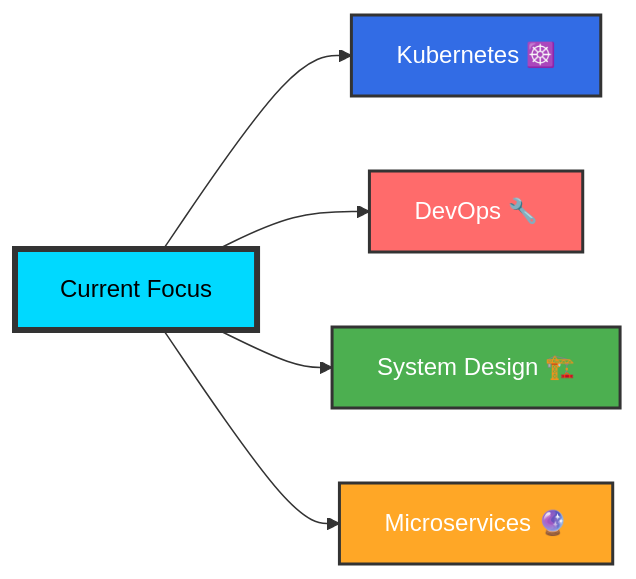
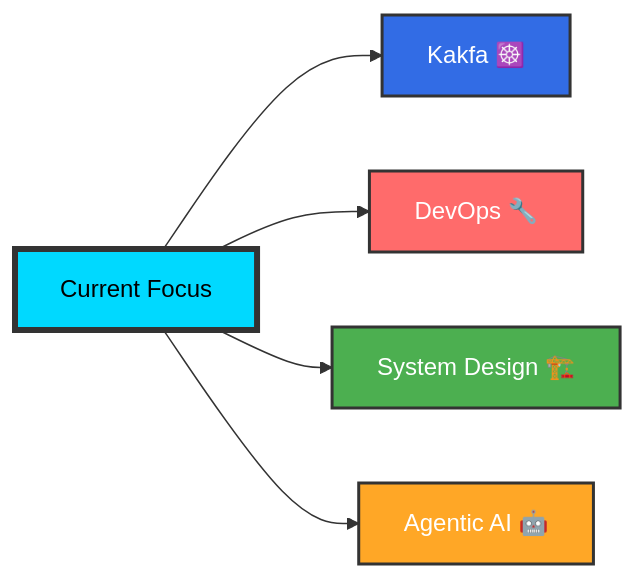
One commit to amit101999/amit101999 changed the diagram in README.md. Above: the diagram before and after it, drawn with Mermaid. The commit also changed other lines of this file, not shown here.

````diff
--- a/README.md
+++ b/README.md
@@ -185,13 +185,13 @@
 ```mermaid
 graph LR
-    A[Current Focus] --> B[Kubernetes ☸️]
+    A[Current Focus] --> B[Kakfa ☸️]
     A --> C[DevOps 🔧]
     A --> D[System Design 🏗️]
-    A --> E[Microservices 🔮]
+    A --> E[Agentic AI 🤖]
     
     style A fill:#00D9FF,stroke:#333,stroke-width:4px,color:#000
     style B fill:#326CE5,stroke:#333,stroke-width:2px,color:#fff
     style C fill:#FF6B6B,stroke:#333,stroke-width:2px,color:#fff
     style D fill:#4CAF50,stroke:#333,stroke-width:2px,color:#fff
     style E fill:#FFA726,stroke:#333,stroke-width:2px,color:#fff
 ```
````
